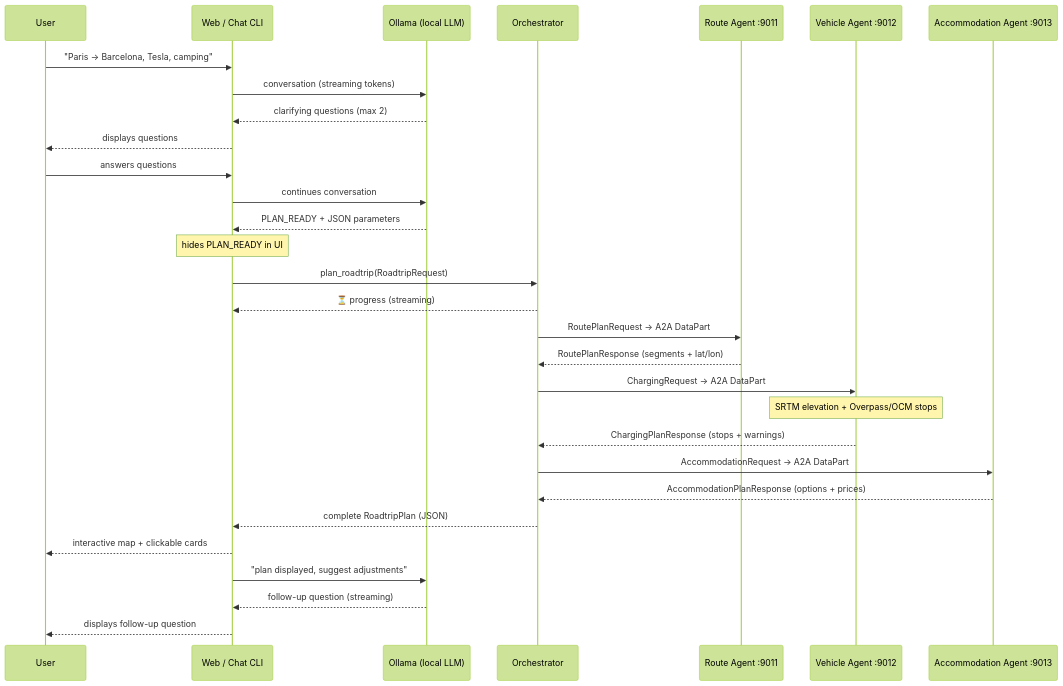
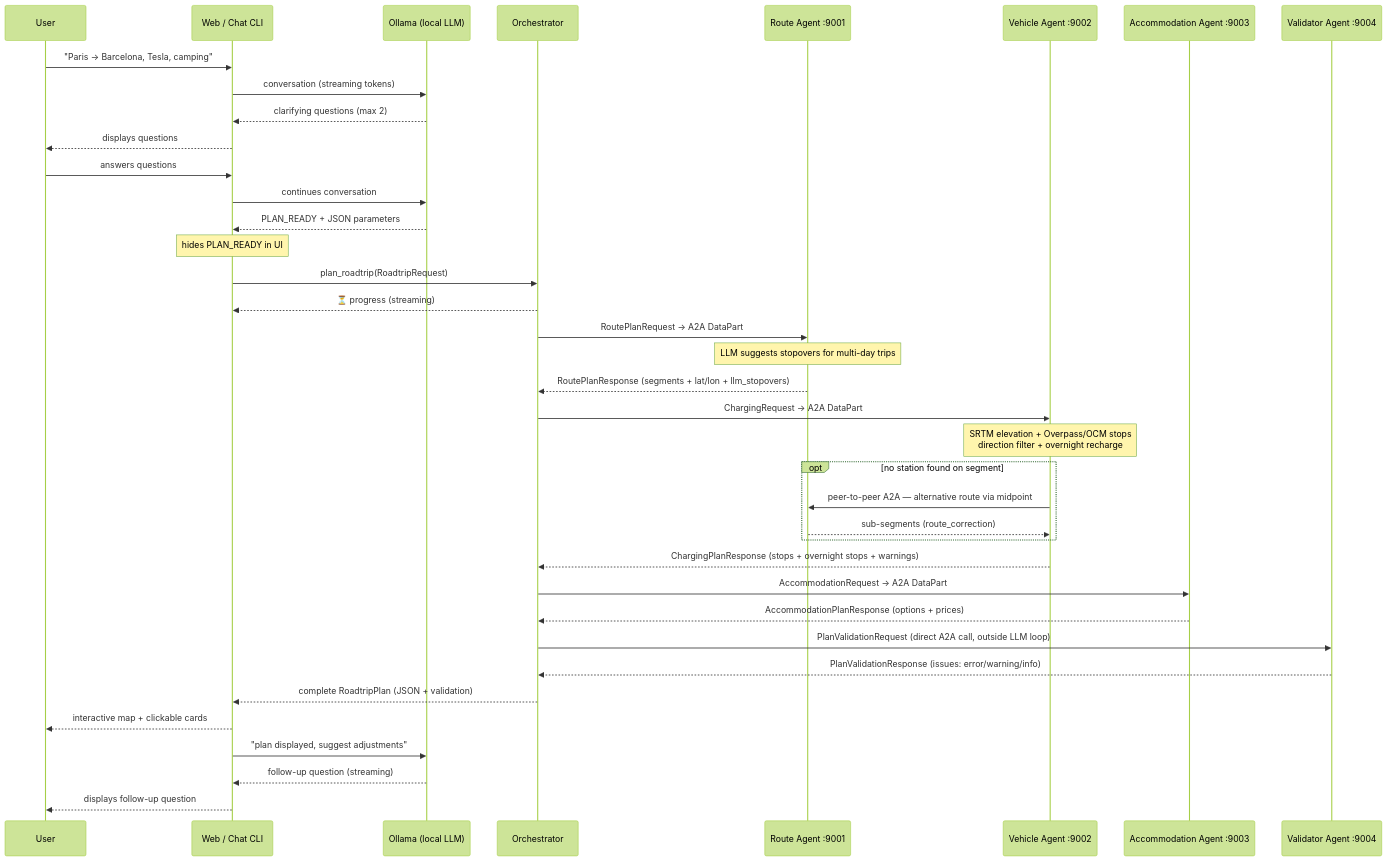
One commit to frldj/roadtrip-agent-a2a changed the second of 3 diagrams in README.md. Above: the diagram before and after it, drawn with Mermaid (forest theme). The commit also changed other lines of this file and 13 other files, not shown here.

````diff
--- a/README.md
+++ b/README.md
@@ -93,33 +102,41 @@
 ```mermaid
 sequenceDiagram
     participant U as User
     participant W as Web / Chat CLI
     participant LLM as Ollama (local LLM)
     participant O as Orchestrator
-    participant R as Route Agent :9011
-    participant V as Vehicle Agent :9012
-    participant A as Accommodation Agent :9013
+    participant R as Route Agent :9001
+    participant V as Vehicle Agent :9002
+    participant A as Accommodation Agent :9003
+    participant VAL as Validator Agent :9004
 
     U->>W: "Paris → Barcelona, Tesla, camping"
     W->>LLM: conversation (streaming tokens)
     LLM-->>W: clarifying questions (max 2)
     W-->>U: displays questions
     U->>W: answers questions
     W->>LLM: continues conversation
     LLM-->>W: PLAN_READY + JSON parameters
     Note over W: hides PLAN_READY in UI
     W->>O: plan_roadtrip(RoadtripRequest)
     O-->>W: ⏳ progress (streaming)
     O->>R: RoutePlanRequest → A2A DataPart
-    R-->>O: RoutePlanResponse (segments + lat/lon)
+    Note over R: LLM suggests stopovers for multi-day trips
+    R-->>O: RoutePlanResponse (segments + lat/lon + llm_stopovers)
     O->>V: ChargingRequest → A2A DataPart
-    Note over V: SRTM elevation + Overpass/OCM stops
-    V-->>O: ChargingPlanResponse (stops + warnings)
+    Note over V: SRTM elevation + Overpass/OCM stops<br/>direction filter + overnight recharge
+    opt no station found on segment
+        V->>R: peer-to-peer A2A — alternative route via midpoint
+        R-->>V: sub-segments (route_correction)
+    end
+    V-->>O: ChargingPlanResponse (stops + overnight stops + warnings)
     O->>A: AccommodationRequest → A2A DataPart
     A-->>O: AccommodationPlanResponse (options + prices)
-    O-->>W: complete RoadtripPlan (JSON)
+    O->>VAL: PlanValidationRequest (direct A2A call, outside LLM loop)
+    VAL-->>O: PlanValidationResponse (issues: error/warning/info)
+    O-->>W: complete RoadtripPlan (JSON + validation)
     W-->>U: interactive map + clickable cards
     W->>LLM: "plan displayed, suggest adjustments"
     LLM-->>W: follow-up question (streaming)
     W-->>U: displays follow-up question
 ```
````
